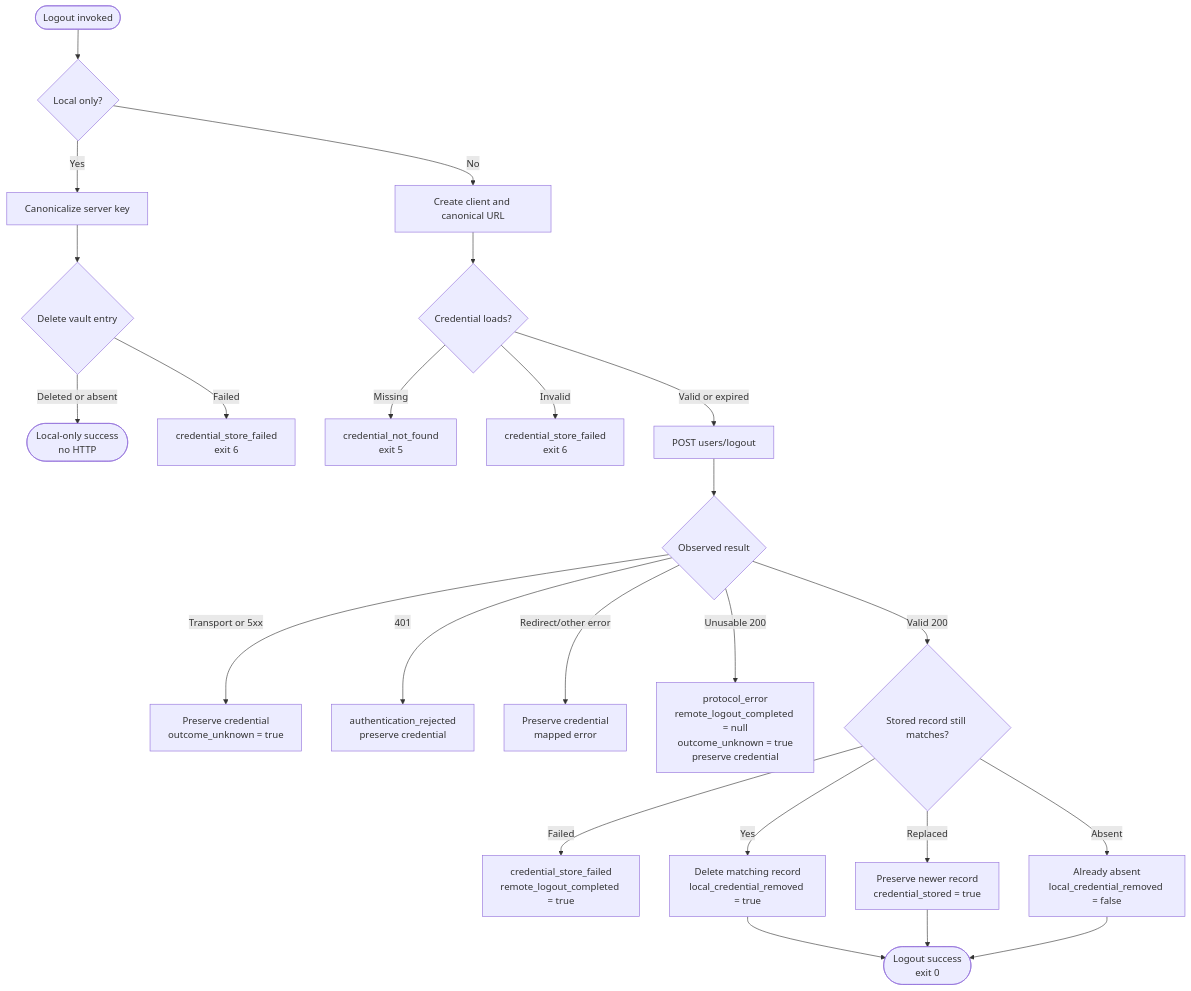
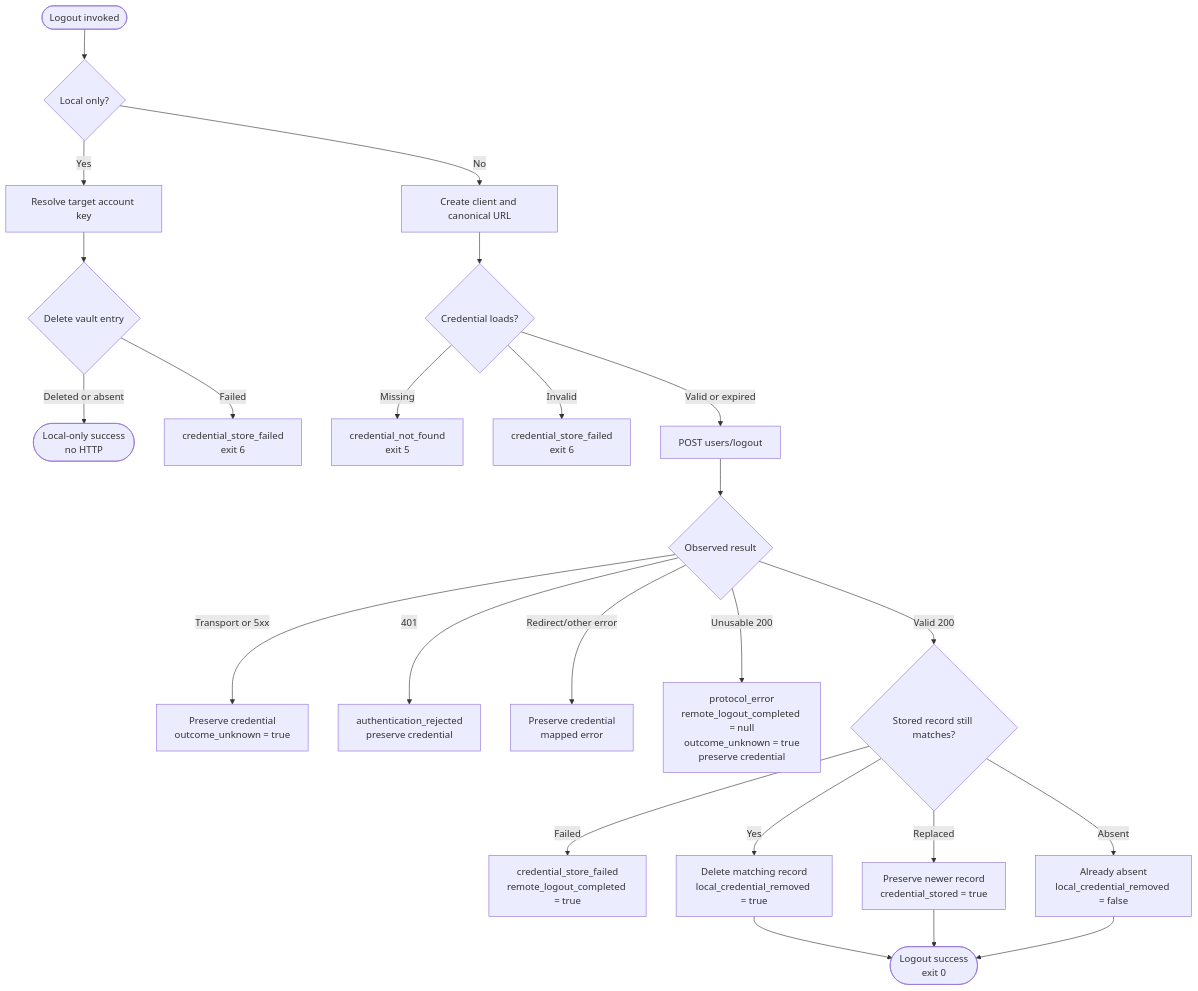
Before and after one commit to AhmedLukman/wekan-cli: the ninth of 11 diagrams in docs/auth-architecture.md, drawn with Mermaid. The commit also changed other lines of this file and 35 other files, not shown here.

````diff
--- a/docs/auth-architecture.md
+++ b/docs/auth-architecture.md
@@ -334,26 +382,26 @@
 ```mermaid
 flowchart TD
     start([Logout invoked]) --> mode{Local only?}
-    mode -- Yes --> key[Canonicalize server key]
+    mode -- Yes --> key[Resolve target account key]
     key --> localdelete{Delete vault entry}
     localdelete -- Deleted or absent --> localsuccess([Local-only success<br/>no HTTP])
     localdelete -- Failed --> localfail[credential_store_failed<br/>exit 6]
     mode -- No --> client[Create client and canonical URL]
     client --> load{Credential loads?}
     load -- Missing --> missing[credential_not_found<br/>exit 5]
     load -- Invalid --> invalid[credential_store_failed<br/>exit 6]
     load -- Valid or expired --> request[POST users/logout]
     request --> response{Observed result}
     response -- Transport or 5xx --> unknown[Preserve credential<br/>outcome_unknown = true]
     response -- 401 --> rejected[authentication_rejected<br/>preserve credential]
     response -- Redirect/other error --> error[Preserve credential<br/>mapped error]
     response -- Unusable 200 --> protocol[protocol_error<br/>remote_logout_completed = null<br/>outcome_unknown = true<br/>preserve credential]
     response -- Valid 200 --> delete{Stored record still matches?}
     delete -- Failed --> deletefail[credential_store_failed<br/>remote_logout_completed = true]
     delete -- Yes --> removed[Delete matching record<br/>local_credential_removed = true]
     delete -- Replaced --> preserve[Preserve newer record<br/>credential_stored = true]
     delete -- Absent --> absent[Already absent<br/>local_credential_removed = false]
     removed --> success([Logout success<br/>exit 0])
     preserve --> success
     absent --> success
 ```
````
